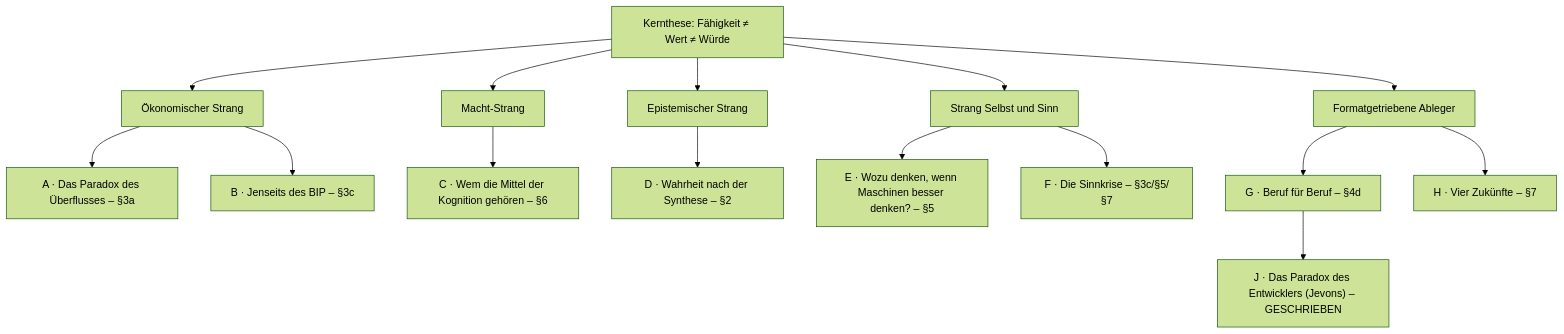
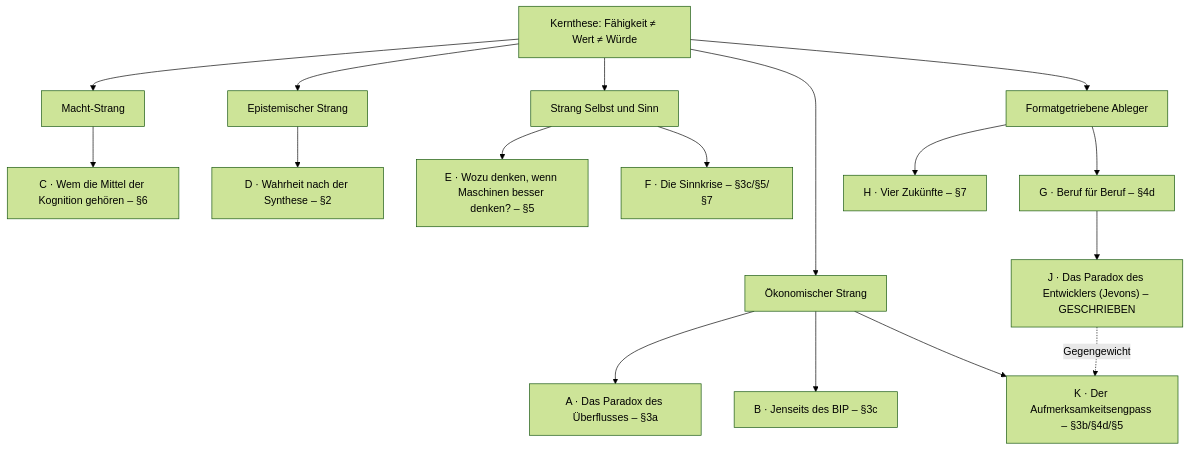
The first of 9 diagrams in essay-outline.de.md (ccabos/live-with-AI), drawn with Mermaid (forest theme) before and after one commit. The commit also changed other lines of this file and 5 other files, not shown here.

````diff
--- a/essay-outline.de.md
+++ b/essay-outline.de.md
@@ -458,18 +475,20 @@
 ```mermaid
 flowchart TD
     T["Kernthese: Fähigkeit ≠ Wert ≠ Würde"]
     T --> S1["Ökonomischer Strang"]
     T --> S2["Macht-Strang"]
     T --> S3["Epistemischer Strang"]
     T --> S4["Strang Selbst und Sinn"]
     T --> S5["Formatgetriebene Ableger"]
     S1 --> A["A · Das Paradox des Überflusses – §3a"]
     S1 --> B["B · Jenseits des BIP – §3c"]
     S2 --> C["C · Wem die Mittel der Kognition gehören – §6"]
     S3 --> D["D · Wahrheit nach der Synthese – §2"]
     S4 --> E["E · Wozu denken, wenn Maschinen besser denken? – §5"]
     S4 --> F["F · Die Sinnkrise – §3c/§5/§7"]
     S5 --> G["G · Beruf für Beruf – §4d"]
     S5 --> H["H · Vier Zukünfte – §7"]
     G --> J["J · Das Paradox des Entwicklers (Jevons) – GESCHRIEBEN"]
+    S1 --> K["K · Der Aufmerksamkeitsengpass – §3b/§4d/§5"]
+    J -.->|"Gegengewicht"| K
 ```
````
